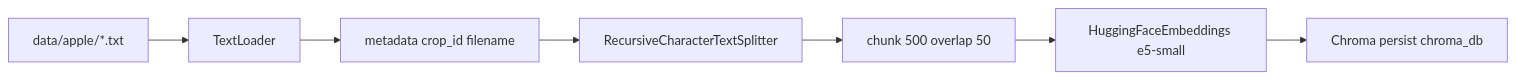
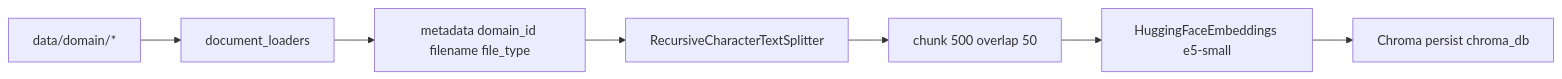
Before and after one commit to kantik001/grounded-llm: the diagram in docs/knowledge-base/rag-vector_store.md, drawn with Mermaid. The commit also changed other lines of this file and 31 other files, not shown here.

````diff
--- a/docs/knowledge-base/rag-vector_store.md
+++ b/docs/knowledge-base/rag-vector_store.md
@@ -29,9 +18,9 @@
 ```mermaid
 flowchart LR
-    A[data/apple/*.txt] --> B[TextLoader]
-    B --> C[metadata crop_id filename]
+    A[data/domain/*] --> B[document_loaders]
+    B --> C[metadata domain_id filename file_type]
     C --> D[RecursiveCharacterTextSplitter]
     D --> E[chunk 500 overlap 50]
     E --> F[HuggingFaceEmbeddings e5-small]
     F --> G[Chroma persist chroma_db]
 ```
````
